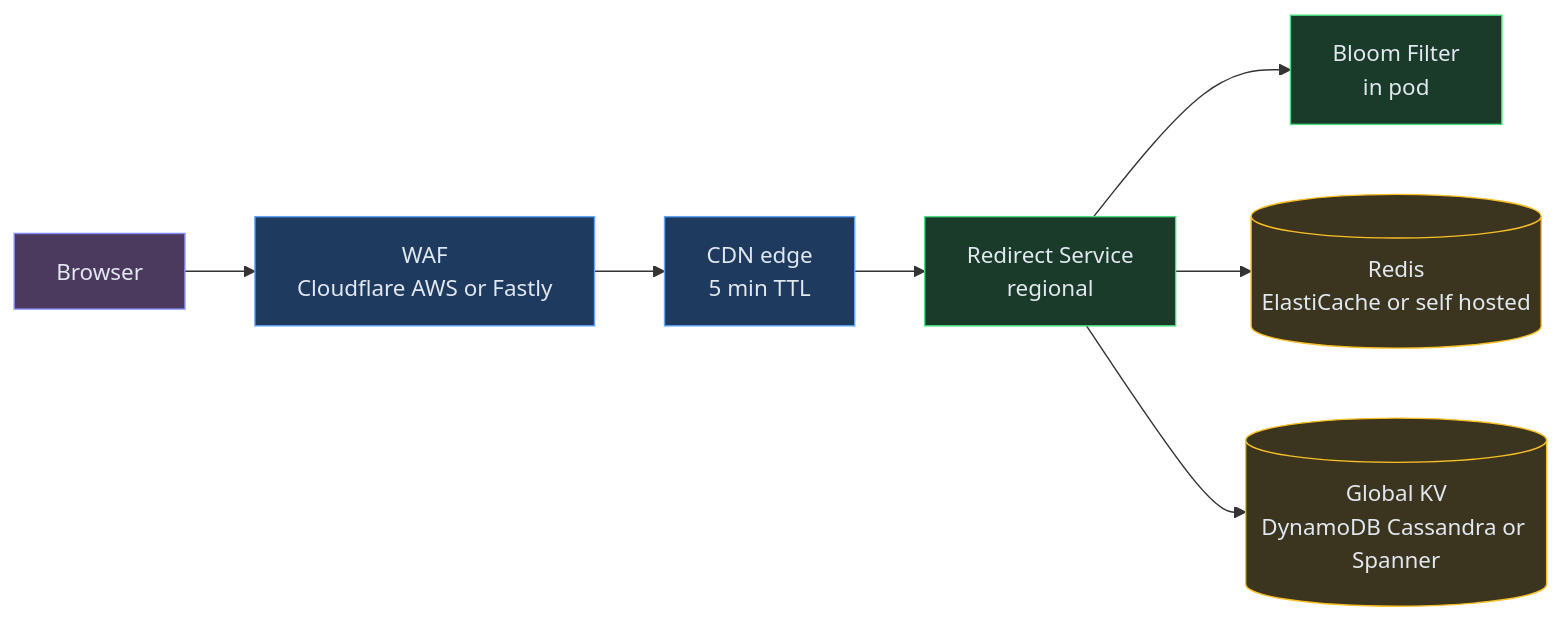
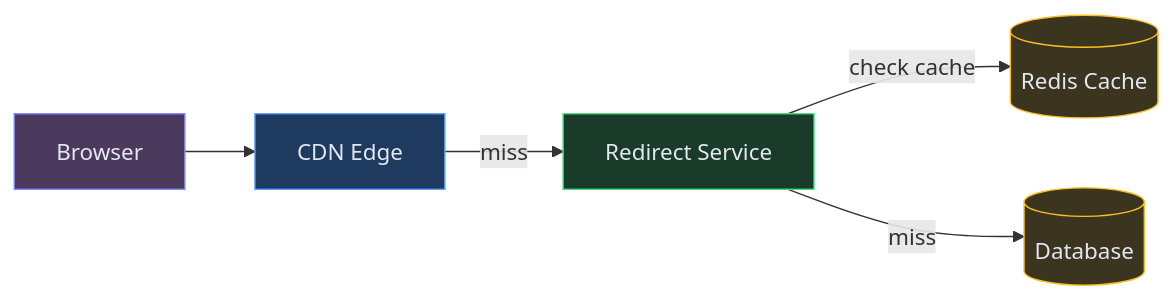
The sixth of 11 diagrams in content/hld/URLShortner.md (iluzn/HLD-Designs), drawn with Mermaid before and after one commit. The commit also changed other lines of this file, not shown here.

````diff
--- a/content/hld/URLShortner.md
+++ b/content/hld/URLShortner.md
@@ -390,22 +383,18 @@
 ```mermaid
 flowchart LR
     USER["Browser"]:::client
-    WAF["WAF<br/>Cloudflare AWS or Fastly"]:::edge
-    CDN["CDN edge<br/>5 min TTL"]:::edge
-    RS["Redirect Service<br/>regional"]:::service
-    BF["Bloom Filter<br/>in pod"]:::service
-    REDIS[("Redis<br/>ElastiCache or self hosted")]:::data
-    KV[("Global KV<br/>DynamoDB Cassandra or Spanner")]:::data
+    CDN["CDN Edge"]:::edge
+    RS["Redirect Service"]:::service
+    REDIS[("Redis Cache")]:::data
+    DB[("Database")]:::data
 
-    USER --> WAF
-    WAF --> CDN
-    CDN --> RS
-    RS --> BF
-    RS --> REDIS
-    RS --> KV
+    USER --> CDN
+    CDN -->|"miss"| RS
+    RS -->|"check cache"| REDIS
+    RS -->|"miss"| DB
 
     classDef client fill:#4c3a5e,stroke:#818cf8,color:#e2e8f0
     classDef edge fill:#1e3a5f,stroke:#60a5fa,color:#e2e8f0
     classDef service fill:#1a3a2a,stroke:#4ade80,color:#e2e8f0
     classDef data fill:#3b3520,stroke:#fbbf24,color:#e2e8f0
 ```
````
